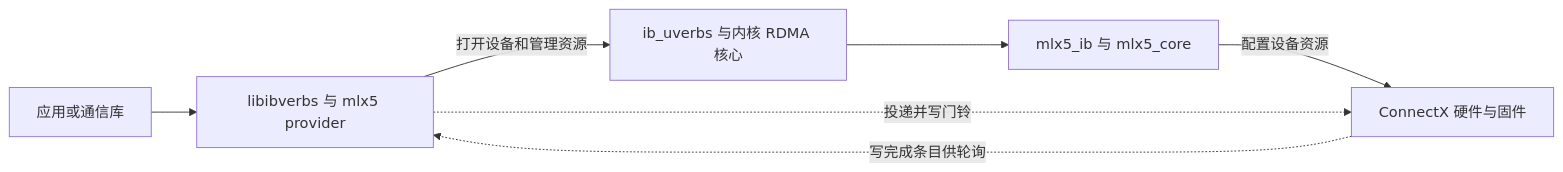
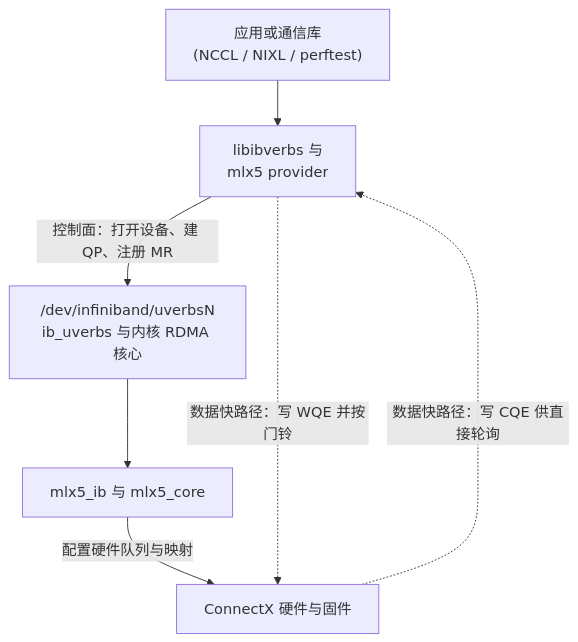
One commit to realtyz/ops-manual changed the diagram in AI-Infra/06_从普通网络通信走向RDMA/04_Linux RDMA 驱动栈与设备证据.md. Above: the diagram before and after it, drawn with Mermaid. The commit also changed other lines of this file and 194 other files, not shown here.

````diff
--- a/AI-Infra/06_从普通网络通信走向RDMA/04_Linux RDMA 驱动栈与设备证据.md
+++ b/AI-Infra/06_从普通网络通信走向RDMA/04_Linux RDMA 驱动栈与设备证据.md
@@ -10,9 +15,10 @@
 ```mermaid
-flowchart LR
-    A["应用或通信库"] --> V["libibverbs 与 mlx5 provider"]
-    V -->|打开设备和管理资源| U["ib_uverbs 与内核 RDMA 核心"]
+flowchart
+    accDescr: 展示 Linux 下 ConnectX 网卡的 RDMA 驱动栈分层。实线为控制面路径，应用经 libibverbs 与 mlx5 provider、ib_uverbs、mlx5_ib 与 mlx5_core 完成设备打开与资源配置；虚线为数据快路径，资源就绪后用户态 provider 直接向硬件写门铃并轮询完成队列。
+    A["应用或通信库<br/>(NCCL / NIXL / perftest)"] --> V["libibverbs 与<br/>mlx5 provider"]
+    V -->|控制面：打开设备、建 QP、注册 MR| U["/dev/infiniband/uverbsN<br/>ib_uverbs 与内核 RDMA 核心"]
     U --> D["mlx5_ib 与 mlx5_core"]
-    D -->|配置设备资源| N["ConnectX 硬件与固件"]
-    V -.->|投递并写门铃| N
-    N -.->|写完成条目供轮询| V
+    D -->|配置硬件队列与映射| N["ConnectX 硬件与固件"]
+    V -.->|数据快路径：写 WQE 并按门铃| N
+    N -.->|数据快路径：写 CQE 供直接轮询| V
 ```
````
